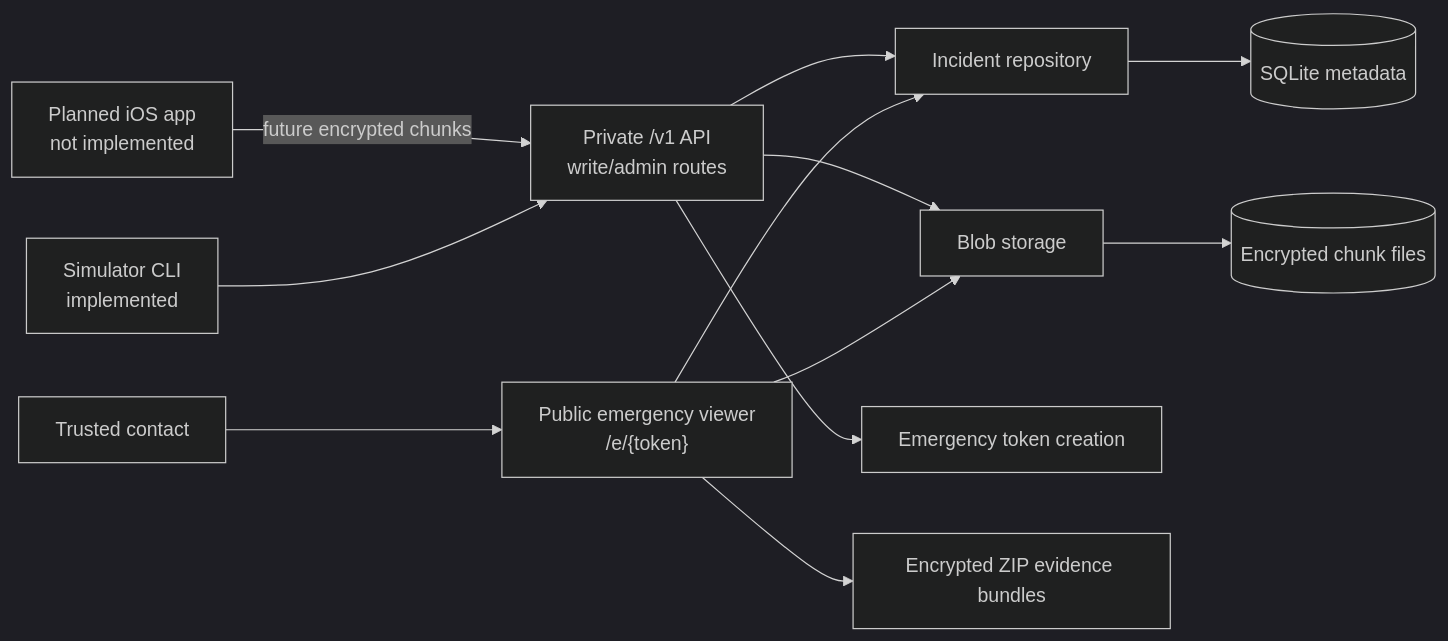
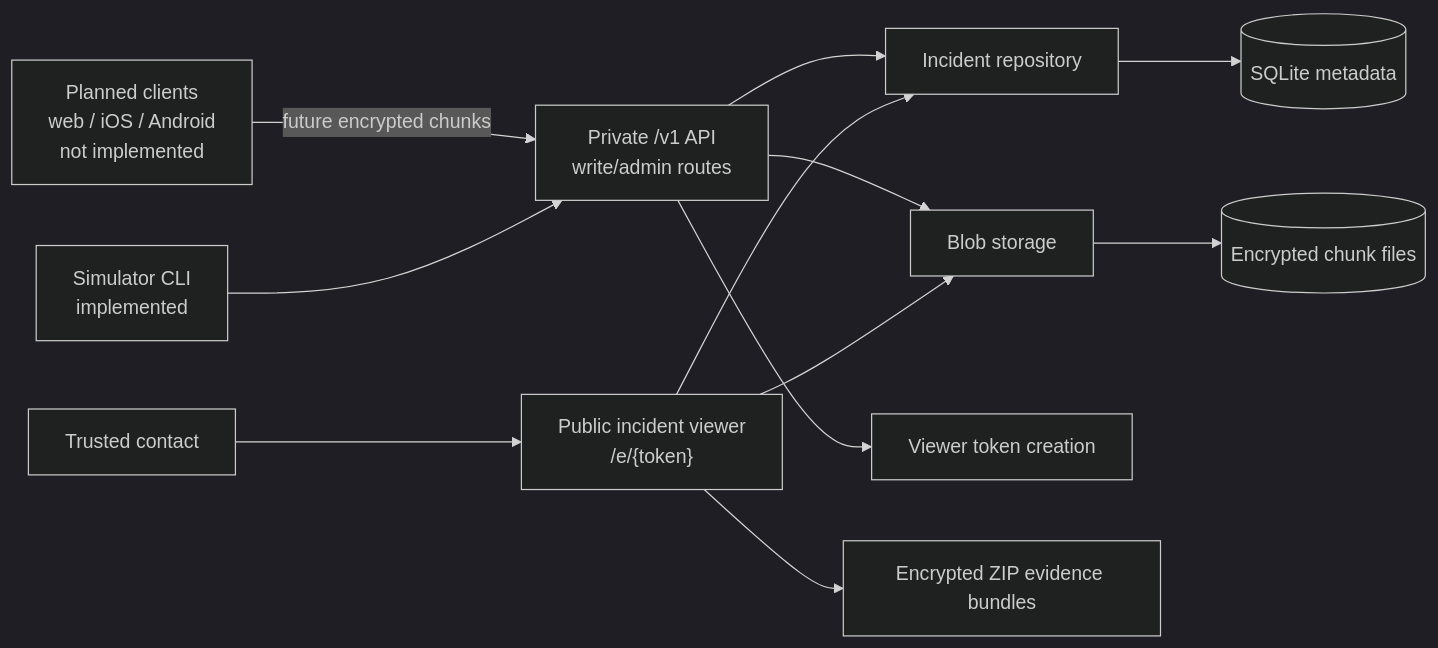
One commit to open-proofline/server changed the first of 4 diagrams in docs/architecture.md. Above: the diagram before and after it, drawn with Mermaid (dark theme). The commit also changed other lines of this file, not shown here.

Commit message:
Update architecture docs for Proofline scope

````diff
--- a/docs/architecture.md
+++ b/docs/architecture.md
@@ -9,14 +11,14 @@
 ```mermaid
 flowchart LR
-    FutureClient["Planned iOS app<br/>not implemented"] -->|"future encrypted chunks"| PrivateAPI["Private /v1 API<br/>write/admin routes"]
+    FutureClients["Planned clients<br/>web / iOS / Android<br/>not implemented"] -->|"future encrypted chunks"| PrivateAPI["Private /v1 API<br/>write/admin routes"]
     Simulator["Simulator CLI<br/>implemented"] --> PrivateAPI
     PrivateAPI --> Repo["Incident repository"]
     Repo --> DB[(SQLite metadata)]
     PrivateAPI --> Store["Blob storage"]
     Store --> Files[(Encrypted chunk files)]
-    PrivateAPI --> Token["Emergency token creation"]
-    Contact["Trusted contact"] --> Viewer["Public emergency viewer<br/>/e/{token}"]
+    PrivateAPI --> Token["Viewer token creation"]
+    Contact["Trusted contact"] --> Viewer["Public incident viewer<br/>/e/{token}"]
     Viewer --> Repo
     Viewer --> Store
     Viewer --> Bundle["Encrypted ZIP evidence bundles"]
 ```
````
